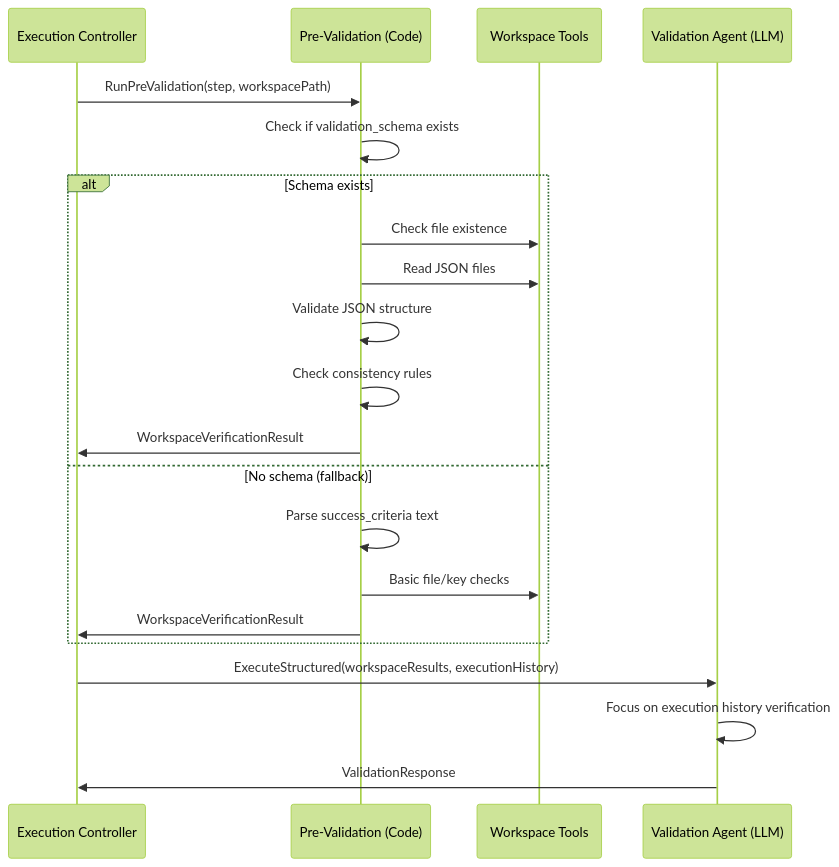
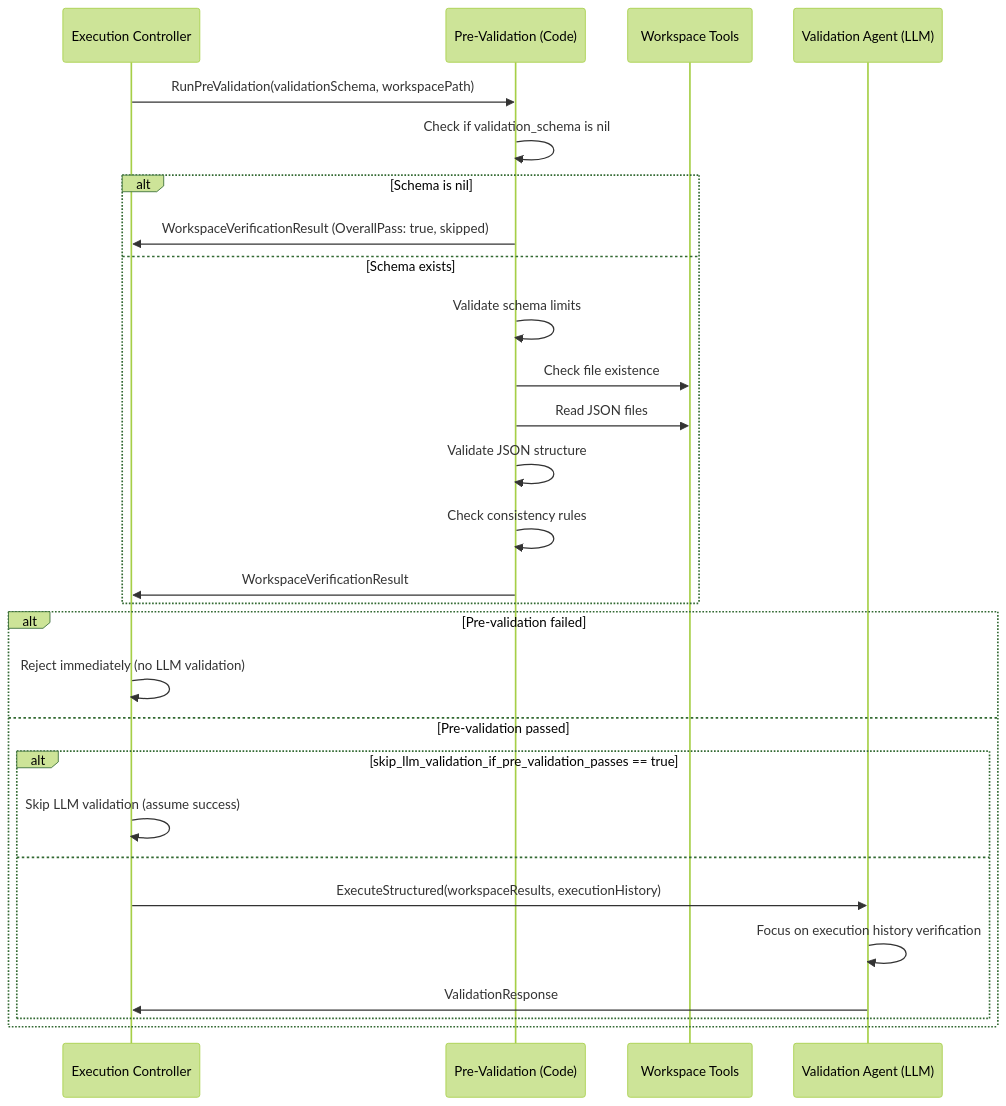
The diagram in docs/validation_schema_implementation.md (manishiitg/coding-agent-loop), drawn with Mermaid (forest theme) before and after one commit. The commit also changed other lines of this file and 112 other files, not shown here.

````diff
--- a/docs/validation_schema_implementation.md
+++ b/docs/validation_schema_implementation.md
@@ -296,24 +318,32 @@
 ```mermaid
 sequenceDiagram
     participant Controller as Execution Controller
     participant PreVal as Pre-Validation (Code)
     participant Workspace as Workspace Tools
     participant ValAgent as Validation Agent (LLM)
     
-    Controller->>PreVal: RunPreValidation(step, workspacePath)
-    PreVal->>PreVal: Check if validation_schema exists
-    alt Schema exists
+    Controller->>PreVal: RunPreValidation(validationSchema, workspacePath)
+    PreVal->>PreVal: Check if validation_schema is nil
+    alt Schema is nil
+        PreVal->>Controller: WorkspaceVerificationResult (OverallPass: true, skipped)
+    else Schema exists
+        PreVal->>PreVal: Validate schema limits
         PreVal->>Workspace: Check file existence
         PreVal->>Workspace: Read JSON files
         PreVal->>PreVal: Validate JSON structure
         PreVal->>PreVal: Check consistency rules
         PreVal->>Controller: WorkspaceVerificationResult
-    else No schema (fallback)
-        PreVal->>PreVal: Parse success_criteria text
-        PreVal->>Workspace: Basic file/key checks
-        PreVal->>Controller: WorkspaceVerificationResult
     end
-    Controller->>ValAgent: ExecuteStructured(workspaceResults, executionHistory)
-    ValAgent->>ValAgent: Focus on execution history verification
-    ValAgent->>Controller: ValidationResponse
+    
+    alt Pre-validation failed
+        Controller->>Controller: Reject immediately (no LLM validation)
+    else Pre-validation passed
+        alt skip_llm_validation_if_pre_validation_passes == true
+            Controller->>Controller: Skip LLM validation (assume success)
+        else
+            Controller->>ValAgent: ExecuteStructured(workspaceResults, executionHistory)
+            ValAgent->>ValAgent: Focus on execution history verification
+            ValAgent->>Controller: ValidationResponse
+        end
+    end
 ```
````
